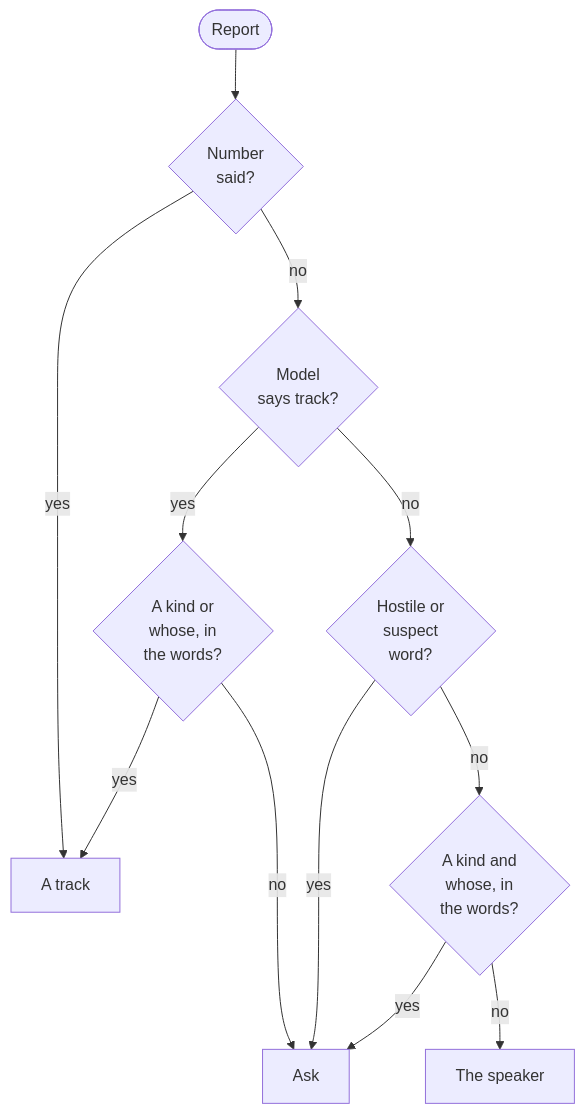
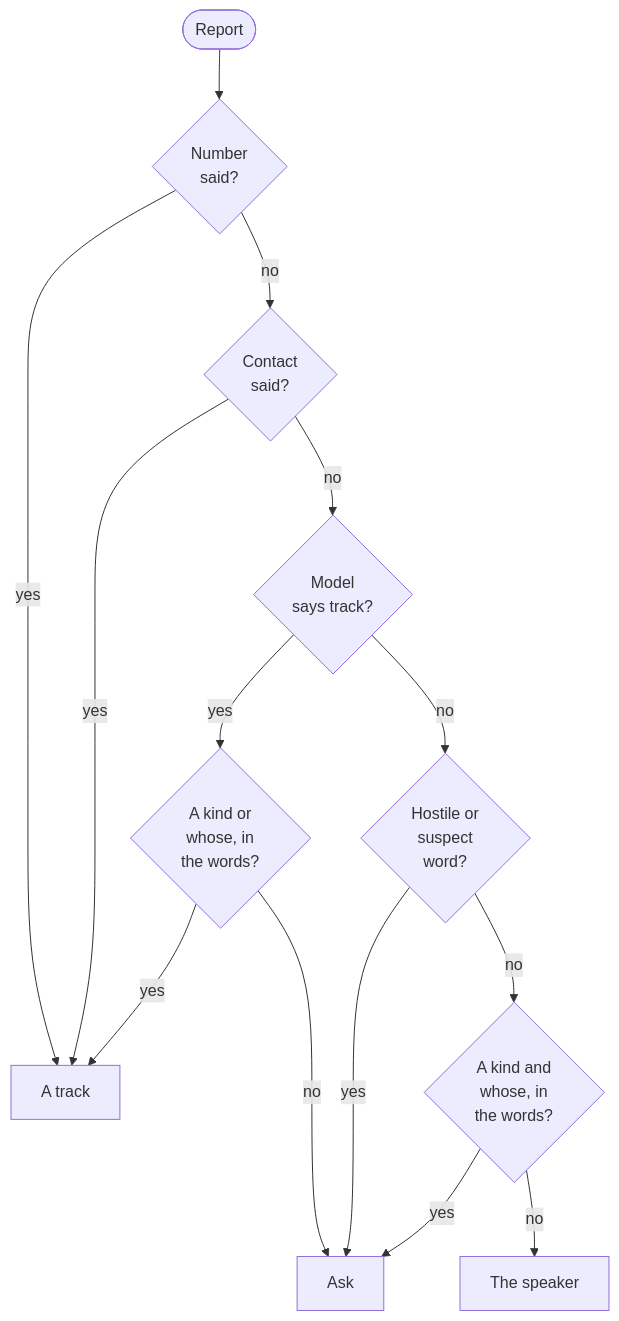
The second of 4 diagrams in docs/tracks.md (adam2765/edth-hackathon), drawn with Mermaid before and after one commit. The commit also changed other lines of this file and 6 other files, not shown here.

First line of the commit message:
Tracks: a contact is something seen; ask how far in the way said

````diff
--- a/docs/tracks.md
+++ b/docs/tracks.md
@@ -103,14 +103,16 @@
 ```mermaid
 flowchart TD
     S(["Report"]) --> N{"Number<br/>said?"}
     N -- yes --> T["A track"]
-    N -- no --> MT{"Model<br/>says track?"}
+    N -- no --> C{"Contact<br/>said?"}
+    C -- yes --> T
+    C -- no --> MT{"Model<br/>says track?"}
     MT -- yes --> W1{"A kind or<br/>whose, in<br/>the words?"}
     W1 -- yes --> T
     W1 -- no --> Q["Ask"]
     MT -- no --> H{"Hostile or<br/>suspect<br/>word?"}
     H -- yes --> Q
     H -- no --> FK{"A kind and<br/>whose, in<br/>the words?"}
     FK -- yes --> Q
     FK -- no --> SELF["The speaker"]
 ```
````
